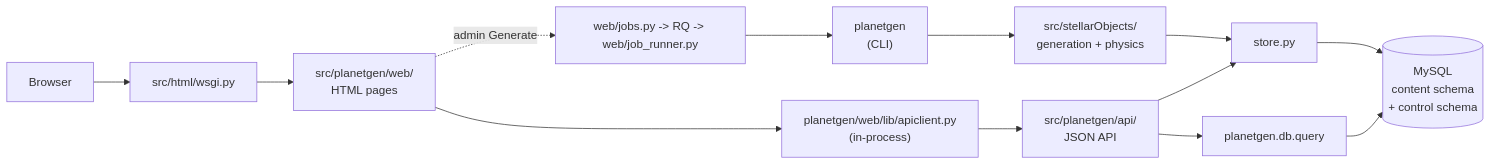
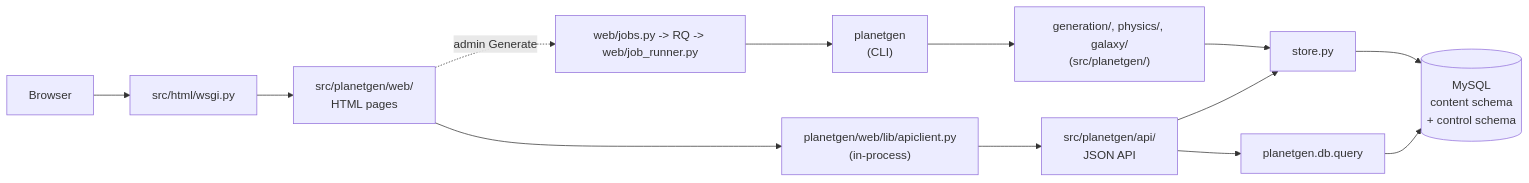
Before and after one commit to dwhagar/planetGen: the first of 8 diagrams in docs/design/architecture.md, drawn with Mermaid. The commit also changed other lines of this file and 1 other file, not shown here.

First line of the commit message:
Rewrite the architecture document's code map and flows for the current code (DOC.27, DOC.28)

````diff
--- a/docs/design/architecture.md
+++ b/docs/design/architecture.md
@@ -66,15 +61,15 @@
 ```mermaid
 flowchart LR
-    CLI["planetgen<br/>(CLI)"] --> SO["src/stellarObjects/<br/>generation + physics"]
+    CLI["planetgen<br/>(CLI)"] --> SO["generation/, physics/, galaxy/<br/>(src/planetgen/)"]
     SO --> DB["store.py"]
     DB --> MySQL[("MySQL<br/>content schema<br/>+ control schema")]
     Browser["Browser"] --> WSGI["src/html/wsgi.py"]
     WSGI --> Web["src/planetgen/web/<br/>HTML pages"]
     Web --> Client["planetgen/web/lib/apiclient.py<br/>(in-process)"]
     Client --> API["src/planetgen/api/<br/>JSON API"]
     API --> Q["planetgen.db.query"]
     Q --> MySQL
     API --> DB
     Web -. "admin Generate" .-> Jobs["web/jobs.py -> RQ -> web/job_runner.py"]
     Jobs --> CLI
 ```
````
